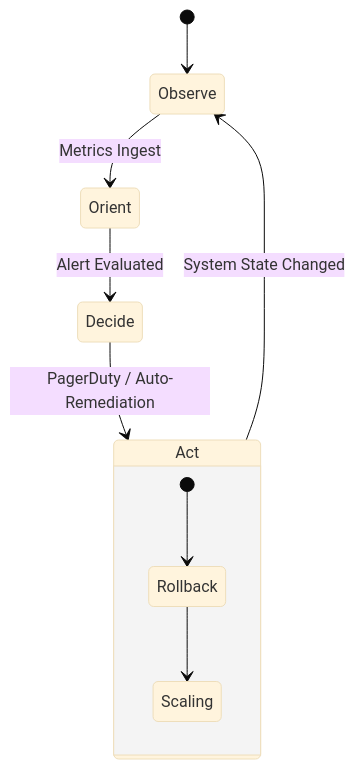
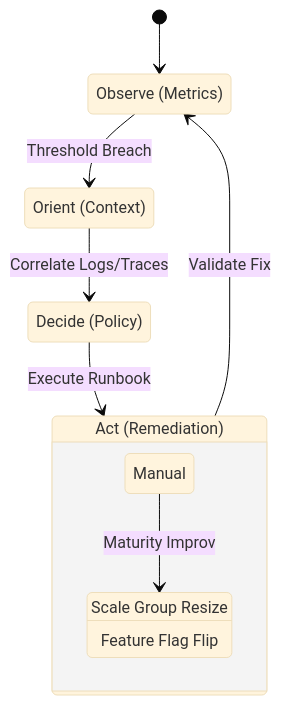
The fifth of 5 diagrams in src/app/[locale]/research/papers/a3-enterprise-observability-operational-intelligence/A3-PAPER-FULL.md (gchaitanyabharath9/omnigcloud), drawn with Mermaid (base theme) before and after one commit. The commit also changed other lines of this file, not shown here.

Commit message:
Enhance A3 paper: Add robust diagrams, Golden Signals table, and Sampling Strategies comparison

````diff
--- a/src/app/[locale]/research/papers/a3-enterprise-observability-operational-intelligence/A3-PAPER-FULL.md
+++ b/src/app/[locale]/research/papers/a3-enterprise-observability-operational-intelligence/A3-PAPER-FULL.md
@@ -119,13 +146,19 @@
 ```mermaid
 stateDiagram-v2
-    [*] --> Observe
-    Observe --> Orient : Metrics Ingest
-    Orient --> Decide : Alert Evaluated
-    Decide --> Act : PagerDuty / Auto-Remediation
-    Act --> Observe : System State Changed
+    state "Observe (Metrics)" as Obs
+    state "Orient (Context)" as Ori
+    state "Decide (Policy)" as Dec
+    state "Act (Remediation)" as Act
+    
+    [*] --> Obs
+    Obs --> Ori : Threshold Breach
+    Ori --> Dec : Correlate Logs/Traces
+    Dec --> Act : Execute Runbook
+    Act --> Obs : Validate Fix
     
     state Act {
-        [*] --> Rollback
-        Rollback --> Scaling
+        Manual --> Auto : Maturity Improv
+        Auto : Scale Group Resize
+        Auto : Feature Flag Flip
     }
 ```
````
